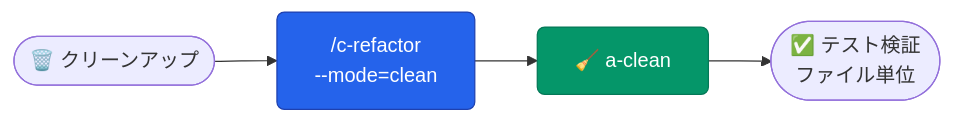
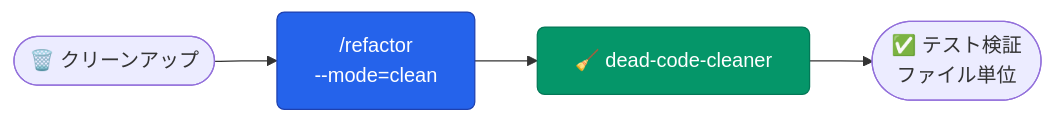
Before and after one commit to aokumablue/claq: the fifth of 12 diagrams in plugins/deepblue/README.md, drawn with Mermaid. The commit also changed other lines of this file and 125 other files, not shown here.

````diff
--- a/plugins/deepblue/README.md
+++ b/plugins/deepblue/README.md
@@ -140,9 +140,9 @@
 ```mermaid
 flowchart LR
   classDef cmd    fill:#2563eb,stroke:#1e40af,color:#fff,rx:6
   classDef agent  fill:#059669,stroke:#047857,color:#fff,rx:6
 
-  U(["🗑️ クリーンアップ"]) --> CREF["/c-refactor\n--mode=clean"]:::cmd
-  CREF --> AC["🧹 a-clean"]:::agent
+  U(["🗑️ クリーンアップ"]) --> CREF["/refactor\n--mode=clean"]:::cmd
+  CREF --> AC["🧹 dead-code-cleaner"]:::agent
   AC --> TEST(["✅ テスト検証\nファイル単位"])
 ```
````
